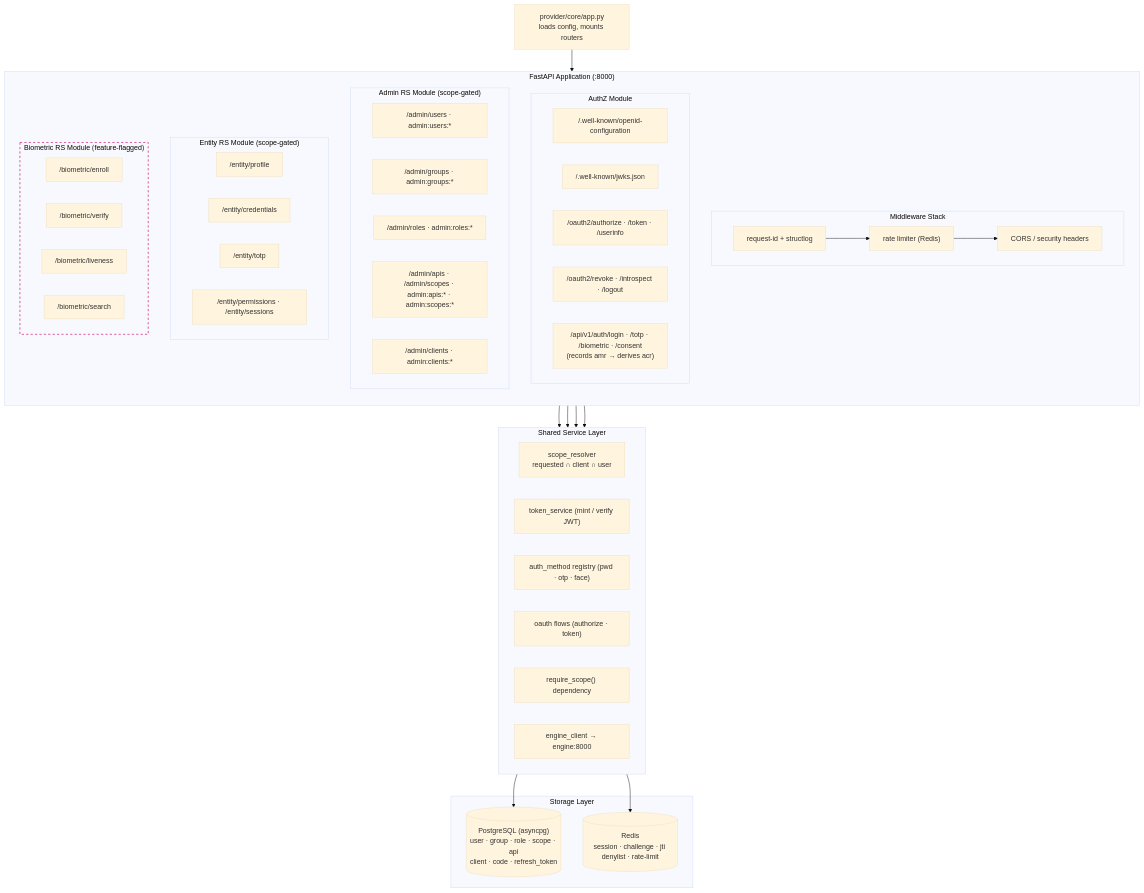
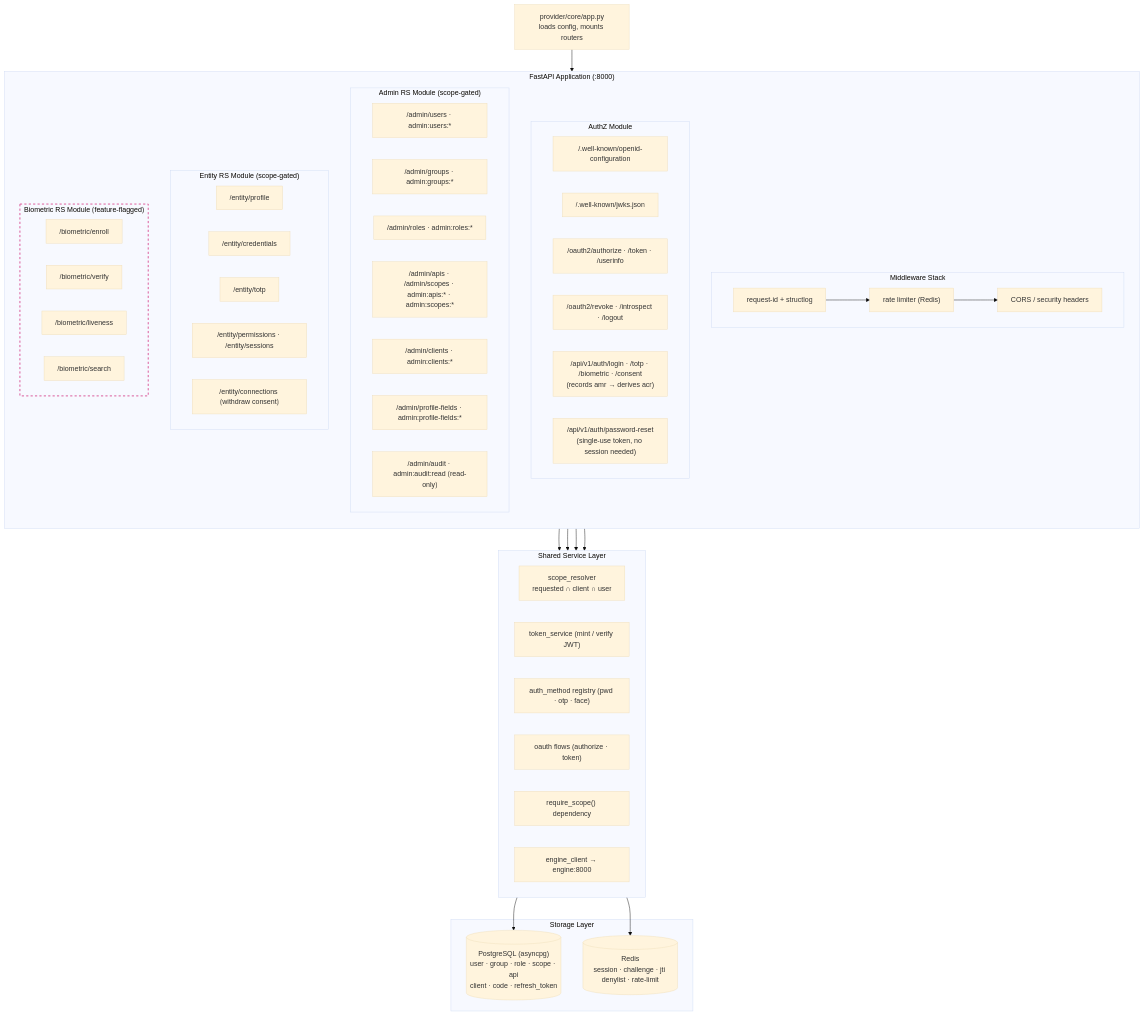
One commit to yephonekyaw/iden changed the sixth of 7 diagrams in README.md. Above: the diagram before and after it, drawn with Mermaid (base theme). The commit also changed 2 other files, not shown here.

Commit message:
docs: reconcile the documentation with what was actually built
Audited rather than assumed: extracted the live route table, the scope
catalogue, the settings model, the ORM metadata and the package tree, and
diffed each against the docs.

Four things had drifted. The package layout in both files predated ratelimit,
notifier, shared/profile, authz/logout, authz/recovery, admin/profile_fields,
entity/connections and entity/deps. /health was reachable and appeared in no
endpoint table. Deleting a group member was listed under the collection path
rather than its own. The architecture diagram in the root README had neither
the audit and profile-field admin surfaces, the connections endpoint, nor
password reset.

Phase 6 still listed rate limiting as upcoming work and named the concurrency
tests as a gap; both have shipped. The Phase 1 line claiming 124 tests now says
what it meant -- that was the count at the end of Phase 1, and the suite stands
at 333.

The sweep is a few lines of introspection against the app object, and worth
re-running whenever a phase closes.

````diff
--- a/README.md
+++ b/README.md
@@ -463,66 +463,70 @@
 ```mermaid
 flowchart TB
   Entry["provider/core/app.py<br/>loads config, mounts routers"]
 
   subgraph App["FastAPI Application (:8000)"]
     direction TB
 
     subgraph Middleware["Middleware Stack"]
       MW1["request-id + structlog"] --> MW2["rate limiter (Redis)"] --> MW3["CORS / security headers"]
     end
 
     subgraph AuthZMod["AuthZ Module"]
       AZ1["/.well-known/openid-configuration"]
       AZ2["/.well-known/jwks.json"]
       AZ3["/oauth2/authorize · /token · /userinfo"]
       AZ4["/oauth2/revoke · /introspect · /logout"]
       AZ5["/api/v1/auth/login · /totp · /biometric · /consent<br/>(records amr → derives acr)"]
+      AZ6["/api/v1/auth/password-reset<br/>(single-use token, no session needed)"]
     end
 
     subgraph AdminMod["Admin RS Module (scope-gated)"]
       AD1["/admin/users · admin:users:*"]
       AD2["/admin/groups · admin:groups:*"]
       AD3["/admin/roles · admin:roles:*"]
       AD4["/admin/apis · /admin/scopes · admin:apis:* · admin:scopes:*"]
       AD5["/admin/clients · admin:clients:*"]
+      AD6["/admin/profile-fields · admin:profile-fields:*"]
+      AD7["/admin/audit · admin:audit:read ⟮read-only⟯"]
     end
 
     subgraph EntityMod["Entity RS Module (scope-gated)"]
       EN1["/entity/profile"]
       EN2["/entity/credentials"]
       EN3["/entity/totp"]
       EN4["/entity/permissions · /entity/sessions"]
+      EN5["/entity/connections ⟮withdraw consent⟯"]
     end
 
     subgraph BioMod["Biometric RS Module ⟮feature-flagged⟯"]
       BI1["/biometric/enroll"]
       BI2["/biometric/verify"]
       BI3["/biometric/liveness"]
       BI4["/biometric/search"]
     end
   end
 
   subgraph Shared["Shared Service Layer"]
     SV1["scope_resolver<br/>requested ∩ client ∩ user"]
     SV2["token_service (mint / verify JWT)"]
     SV3["auth_method registry (pwd · otp · face)"]
     SV4["oauth flows (authorize · token)"]
     SV5["require_scope() dependency"]
     SV6["engine_client → engine:8000"]
   end
 
   subgraph Storage["Storage Layer"]
     PG[("PostgreSQL (asyncpg)<br/>user · group · role · scope · api<br/>client · code · refresh_token")]
     RD[("Redis<br/>session · challenge · jti denylist · rate-limit")]
   end
 
   Entry --> App
   AuthZMod --> Shared
   AdminMod --> Shared
   EntityMod --> Shared
   BioMod --> Shared
   Shared --> PG
   Shared --> RD
 
   style BioMod stroke:#d94a90,stroke-width:2px,stroke-dasharray: 5 5
 ```
````
